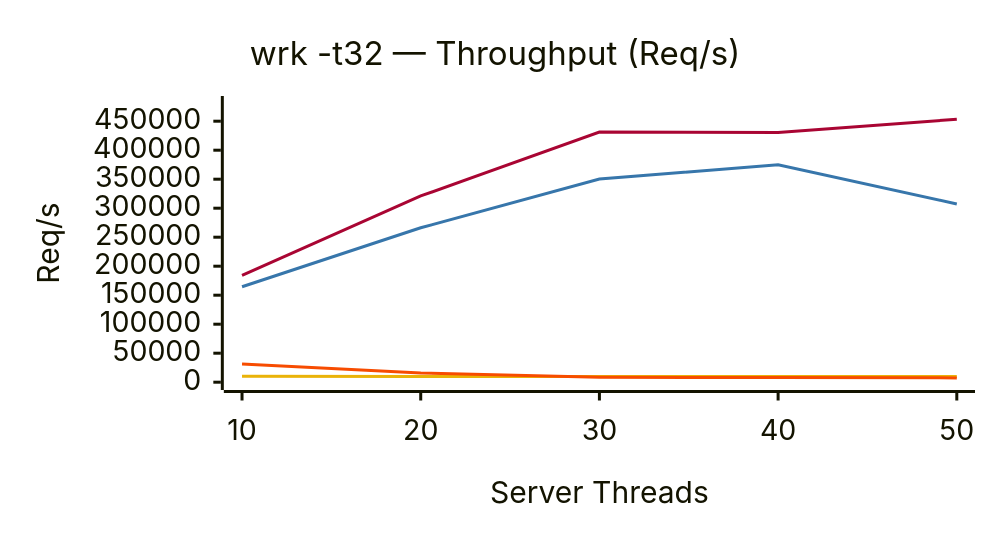
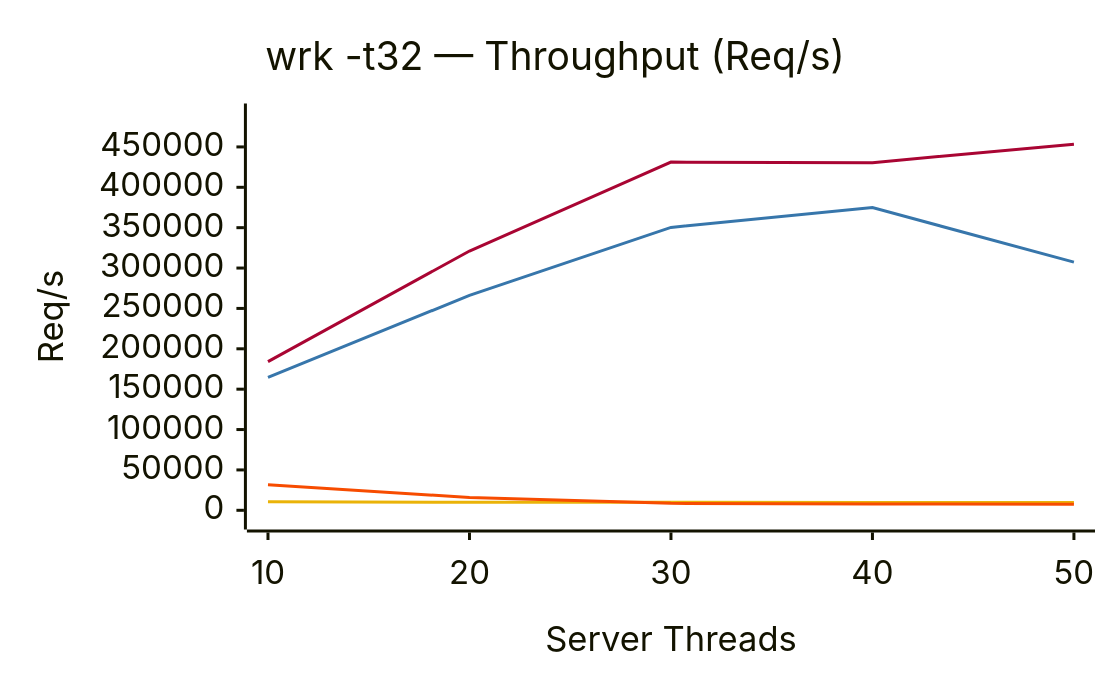
One commit to erlpython/epython changed the third of 4 diagrams in README.md. Above: the diagram before and after it, drawn with Mermaid. The commit also changed other lines of this file, not shown here.

Commit message:
graph size

````diff
--- a/README.md
+++ b/README.md
@@ -132,34 +132,34 @@
 ```mermaid
 ---
 config:
   xyChart:
-    width: 640
-    height: 340
-    titleFontSize: 22
+    width: 720
+    height: 440
+    titleFontSize: 26
     titlePadding: 14
     xAxis:
-      labelFontSize: 19
+      labelFontSize: 22
       labelPadding: 8
-      titleFontSize: 20
+      titleFontSize: 23
       titlePadding: 10
     yAxis:
-      labelFontSize: 19
+      labelFontSize: 22
       labelPadding: 8
-      titleFontSize: 20
+      titleFontSize: 23
       titlePadding: 10
   themeVariables:
     xyChart:
       backgroundColor: "transparent"
       plotColorPalette: "#A90533, #3776AB, #EAB308, #F74C00"
   themeCSS: |
-    .main { transform: translate(6px, 24px) scale(0.68); transform-origin: 0 0; }
+    .main { transform: translate(4px, 10px) scale(0.71); transform-origin: 0 0; }
 ---
 xychart-beta
     title "wrk -t32 — Throughput (Req/s)"
     x-axis "Server Threads" ["10", "20", "30", "40", "50"]
     y-axis "Req/s" 0 --> 480000
     line [184046, 321100, 431185, 430525, 453398]
     line [164565, 266210, 350290, 374877, 307368]
     line [10449, 9926, 9869, 9755, 9731]
     line [31577, 15961, 8610, 7934, 7433]
 ```
````
